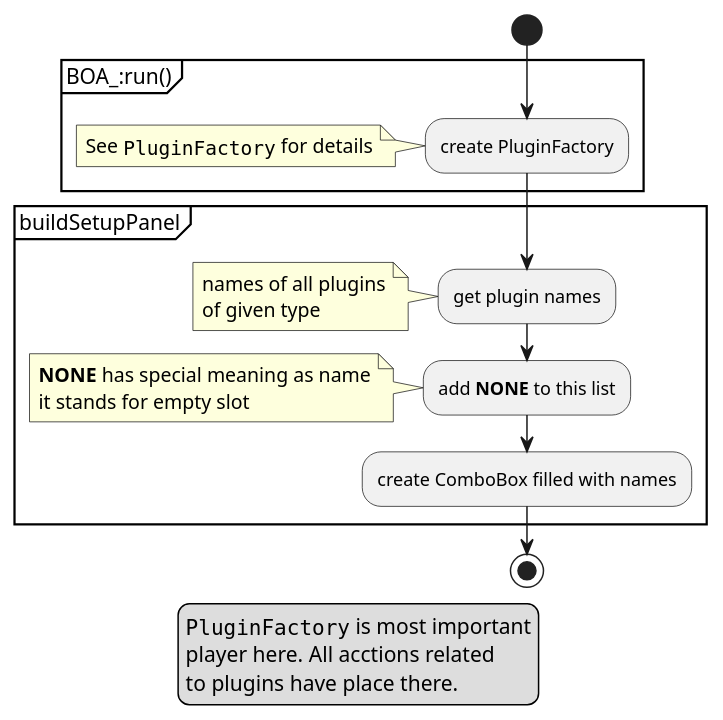
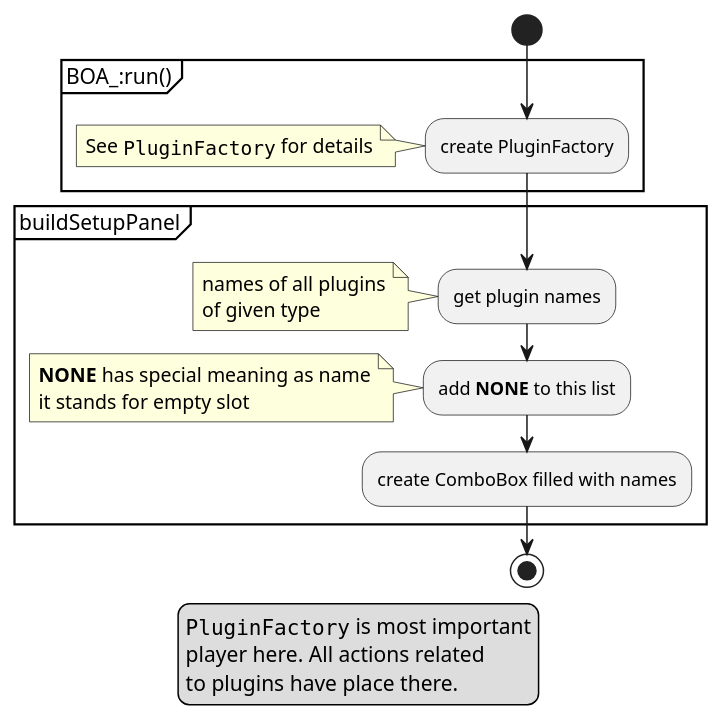
One commit to CellDynamics/QuimP changed the sixth of 6 diagrams in Doxygen_doc/SnakePlugin.md. Above: the diagram before and after it, drawn with PlantUML. The commit also changed other lines of this file and 2 other files, not shown here.

```diff
--- a/Doxygen_doc/SnakePlugin.md
+++ b/Doxygen_doc/SnakePlugin.md
@@ -308,22 +308,22 @@
 @startuml
 start
 partition BOA_:run() {
 :create PluginFactory;
 note left 
 See ""PluginFactory"" for details
 end note
 }
 partition buildSetupPanel {
 :get plugin names;
 note left: names of all plugins\nof given type
 :add **NONE** to this list;
 note left: **NONE** has special meaning as name\nit stands for empty slot
 :create ComboBox filled with names;
 }
 stop
 legend
 ""PluginFactory"" is most important
-player here. All acctions related
+player here. All actions related
 to plugins have place there.
 end legend
 @enduml
```
